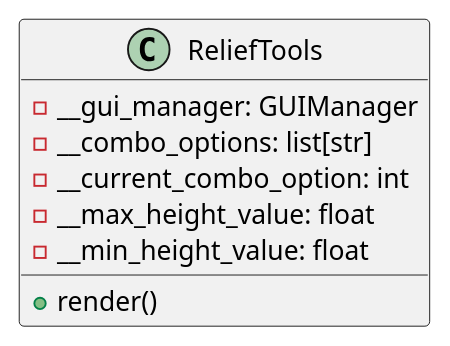
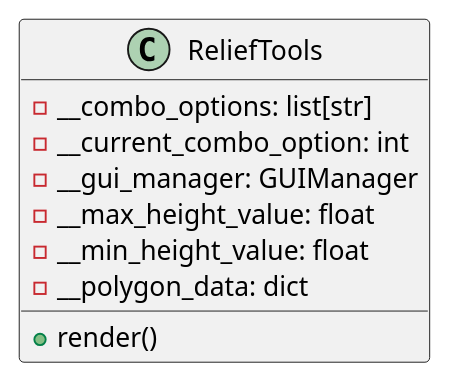
Before and after one commit to ferpoble2/Relief_Creator: the diagram in docs/classes/ReliefTools.puml, drawn with PlantUML. The commit also changed 1 other file, not shown here.

Commit message:
Added logic to the GUI to store the calculated data in a dictionary for the different polygons.

```diff
--- a/docs/classes/ReliefTools.puml
+++ b/docs/classes/ReliefTools.puml
@@ -1,12 +1,13 @@
 @startuml
 class ReliefTools {
-    - __gui_manager: GUIManager
     - __combo_options: list[str]
     - __current_combo_option: int
+    - __gui_manager: GUIManager
     - __max_height_value: float
     - __min_height_value: float
+    - __polygon_data: dict
 
     + render()
 }
 
 @enduml
```
